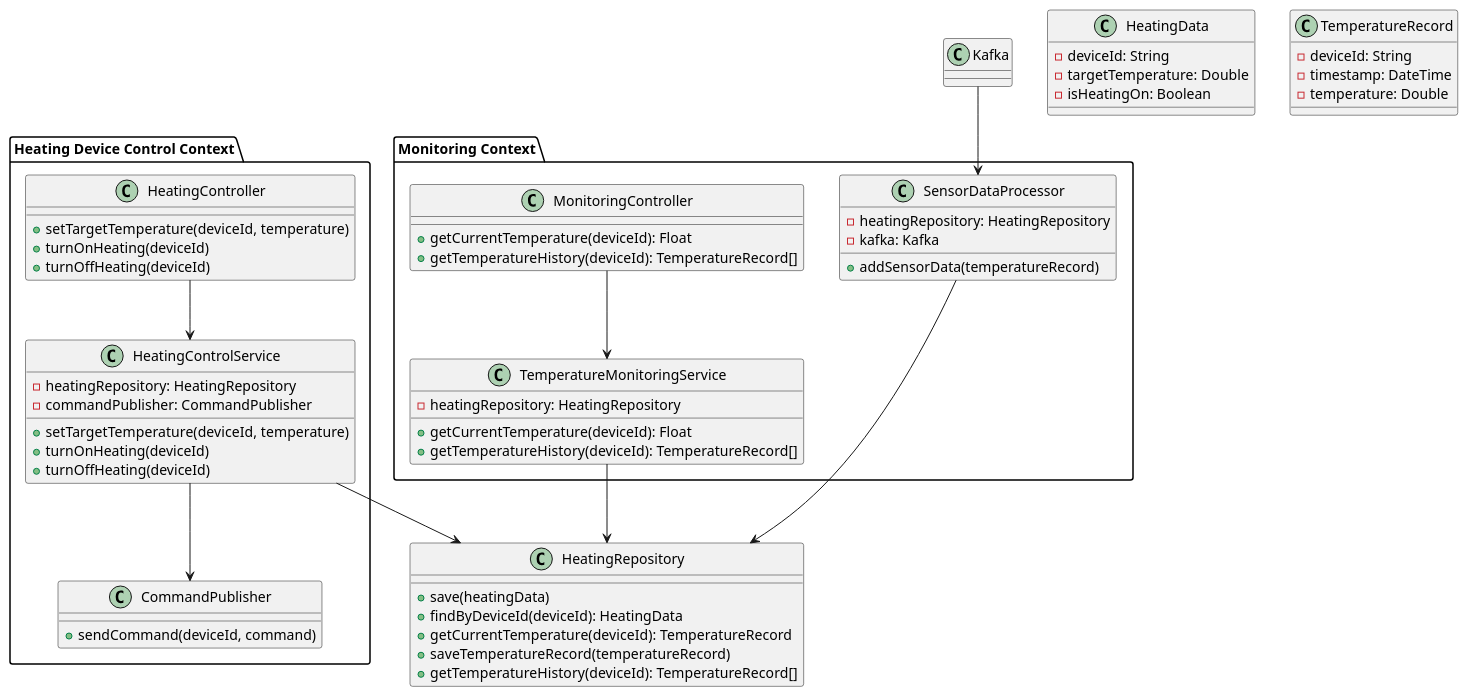
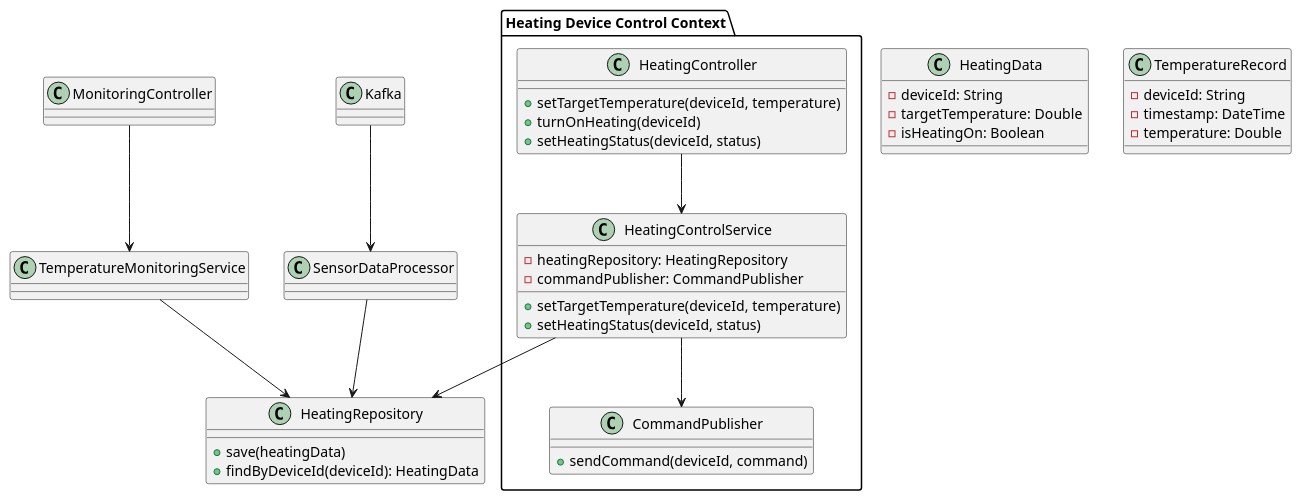
Before and after one commit to Veles-Pan/practicum-architecture-sprint-3: the ninth of 9 diagrams in docs/diagrams/src/task_2.puml, drawn with PlantUML. The commit also changed 53 other files, not shown here.

```diff
--- a/docs/diagrams/src/task_2.puml
+++ b/docs/diagrams/src/task_2.puml
@@ -296,74 +296,50 @@
 @startuml heating_service_code
 package "Heating Device Control Context" {
     class HeatingController {
         + setTargetTemperature(deviceId, temperature)
         + turnOnHeating(deviceId)
-        + turnOffHeating(deviceId)
+        + setHeatingStatus(deviceId, status)
     }
     
     class HeatingControlService {
         - heatingRepository: HeatingRepository
         - commandPublisher: CommandPublisher
         + setTargetTemperature(deviceId, temperature)
-        + turnOnHeating(deviceId)
-        + turnOffHeating(deviceId)
+        + setHeatingStatus(deviceId, status)
     }
     
     class CommandPublisher {
         + sendCommand(deviceId, command)
     }
 }
 
-package "Monitoring Context" {
-    class MonitoringController {
-        + getCurrentTemperature(deviceId): Float
-        + getTemperatureHistory(deviceId): TemperatureRecord[]
-    }
-    
-    class TemperatureMonitoringService {
-        - heatingRepository: HeatingRepository
-        + getCurrentTemperature(deviceId): Float
-        + getTemperatureHistory(deviceId): TemperatureRecord[]
-    }
-    
-    class SensorDataProcessor {
-        - heatingRepository: HeatingRepository
-        - kafka: Kafka
-        + addSensorData(temperatureRecord)
-    }
-
-}
-
 ' Общие классы
 class HeatingRepository {
     + save(heatingData)
     + findByDeviceId(deviceId): HeatingData
-    + getCurrentTemperature(deviceId): TemperatureRecord
-    + saveTemperatureRecord(temperatureRecord)
-    + getTemperatureHistory(deviceId): TemperatureRecord[]
 }
 
 class HeatingData {
     - deviceId: String
     - targetTemperature: Double
     - isHeatingOn: Boolean
 }
 
 class TemperatureRecord {
     - deviceId: String
     - timestamp: DateTime
     - temperature: Double
 }
 
 ' Взаимодействия в контексте Управления устройствами
 HeatingController --> HeatingControlService
 HeatingControlService --> HeatingRepository
 HeatingControlService --> CommandPublisher
 
 ' Взаимодействия в контексте Мониторинга
 MonitoringController --> TemperatureMonitoringService
 TemperatureMonitoringService --> HeatingRepository
 SensorDataProcessor --> HeatingRepository
 Kafka --> SensorDataProcessor
 
 @enduml
```
